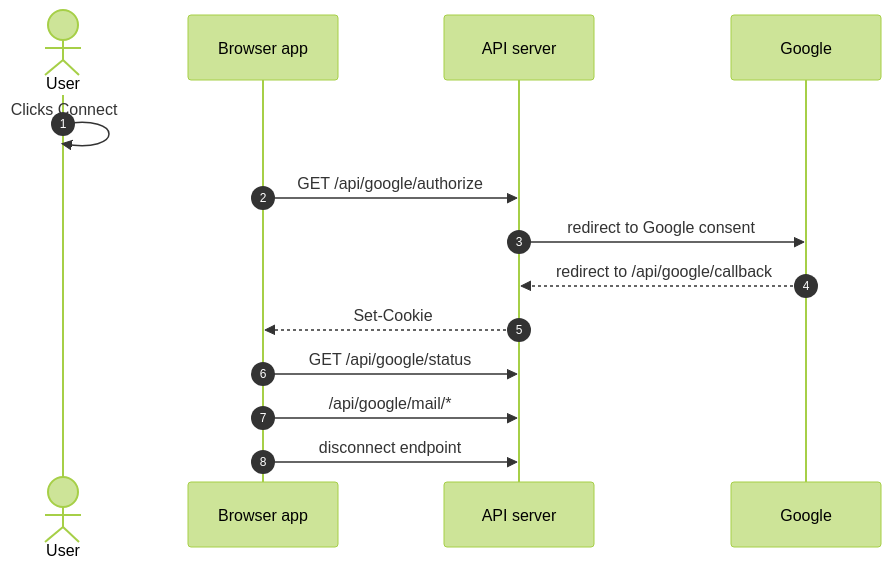
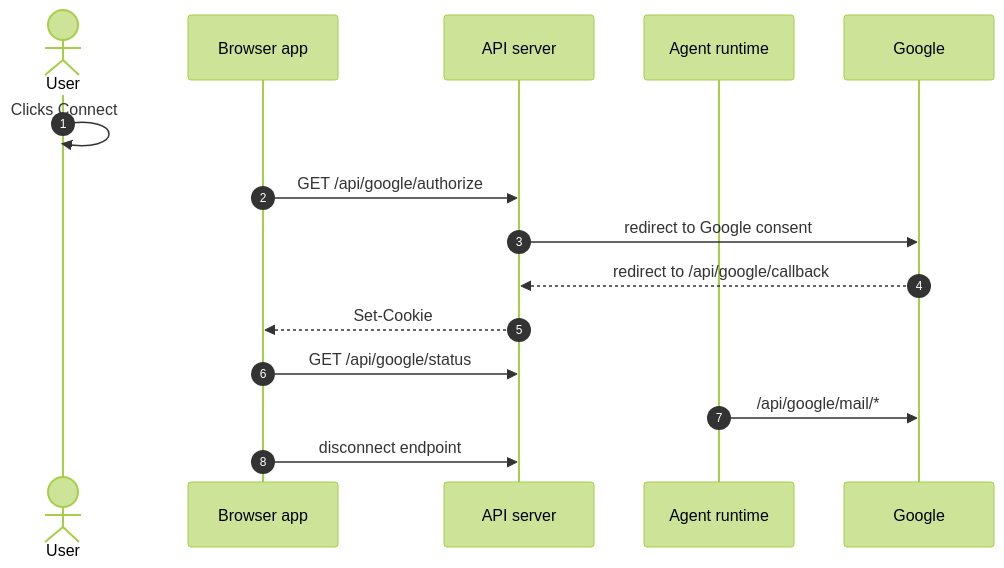
The diagram in docs/architecture/workflows/google-connect.md (lngsa1234/mini-muse-mvp), drawn with Mermaid (forest theme) before and after one commit. The commit also changed other lines of this file and 23 other files, not shown here.

First line of the commit message:
Docs: specs, workflows and baseline for the server-side agent

````diff
--- a/docs/architecture/workflows/google-connect.md
+++ b/docs/architecture/workflows/google-connect.md
@@ -15,16 +15,17 @@
 ```mermaid
 sequenceDiagram
   autonumber
   actor user as User
   participant client as Browser app
   participant server as API server
+  participant server1 as Agent runtime
   participant external as Google
   user->>user: Clicks Connect
   client->>server: GET /api/google/authorize
   server->>external: redirect to Google consent
   external-->>server: redirect to /api/google/callback
   server-->>client: Set-Cookie
   client->>server: GET /api/google/status
-  client->>server: /api/google/mail/*
+  server1->>external: /api/google/mail/*
   client->>server: disconnect endpoint
 ```
````
